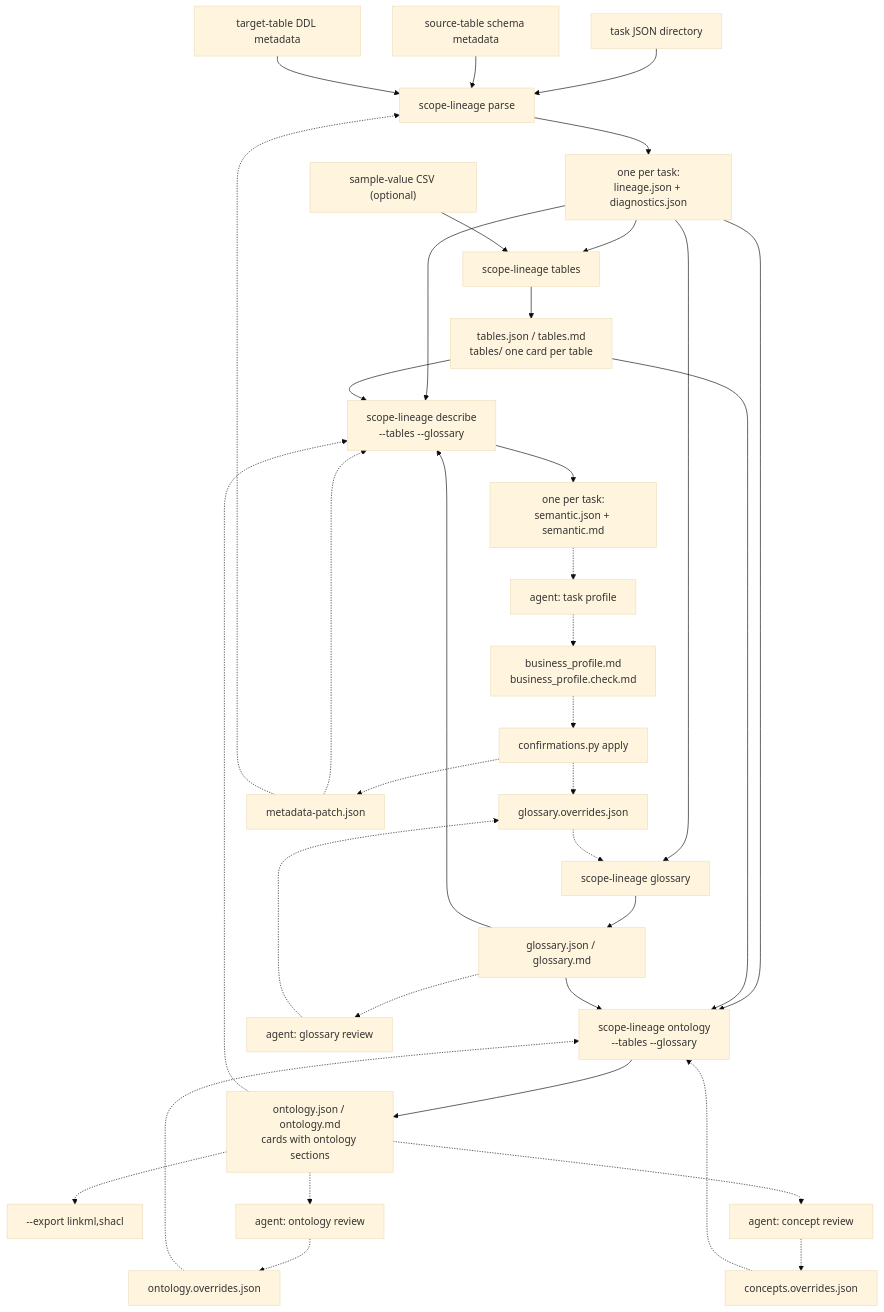
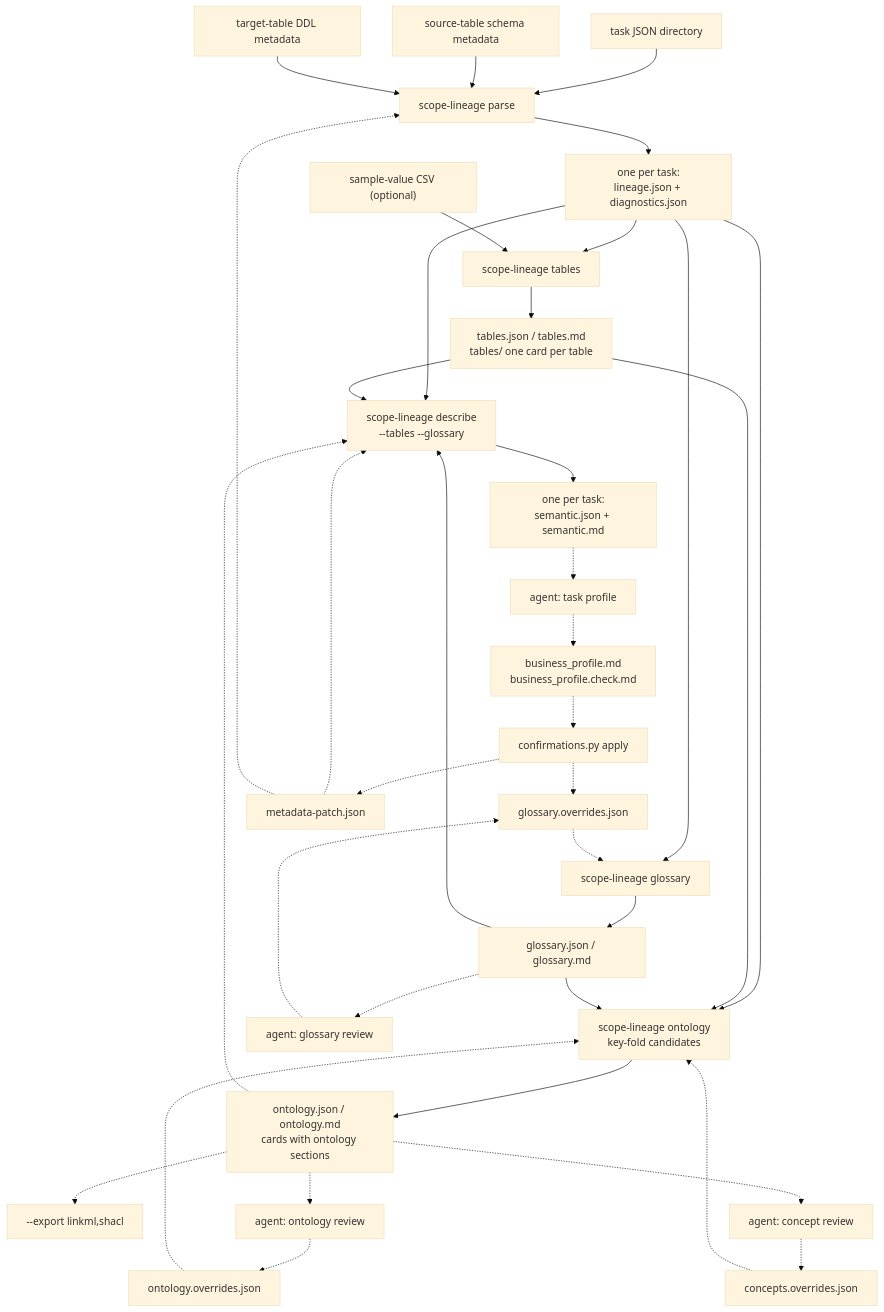
The diagram in docs/en/workflow.md (realyin/scope-lineage), drawn with Mermaid (base theme) before and after one commit. The commit also changed other lines of this file and 19 other files, not shown here.

First line of the commit message:
docs(ontology): demote the key fold to key-fold candidates

````diff
--- a/docs/en/workflow.md
+++ b/docs/en/workflow.md
@@ -16,44 +16,44 @@
 ```mermaid
 flowchart TD
     IN_TASK["task JSON directory"] --> PARSE
     IN_SCHEMA["source-table schema metadata"] --> PARSE
     IN_DDL["target-table DDL metadata"] --> PARSE
     PARSE["scope-lineage parse"] --> FACTS["one per task:<br/>lineage.json + diagnostics.json"]
 
     FACTS --> TABLES["scope-lineage tables"]
     FACTS --> GLOSSARY["scope-lineage glossary"]
     IN_SAMPLES["sample-value CSV (optional)"] --> TABLES
     TABLES --> CARDS["tables.json / tables.md<br/>tables/ one card per table"]
     GLOSSARY --> DICT["glossary.json / glossary.md"]
 
     FACTS --> DESCRIBE["scope-lineage describe<br/>--tables --glossary"]
     CARDS --> DESCRIBE
     DICT --> DESCRIBE
     DESCRIBE --> SEMANTIC["one per task:<br/>semantic.json + semantic.md"]
 
-    FACTS --> ONTOLOGY["scope-lineage ontology<br/>--tables --glossary"]
+    FACTS --> ONTOLOGY["scope-lineage ontology<br/>key-fold candidates"]
     CARDS --> ONTOLOGY
     DICT --> ONTOLOGY
     ONTOLOGY --> ONTO_OUT["ontology.json / ontology.md<br/>cards with ontology sections"]
     ONTO_OUT -.-> EXPORT["--export linkml,shacl"]
     ONTO_OUT -.-> DESCRIBE
 
     SEMANTIC -.-> AGENT_PROFILE["agent: task profile"]
     AGENT_PROFILE -.-> PROFILE_MD["business_profile.md<br/>business_profile.check.md"]
     PROFILE_MD -.-> APPLY["confirmations.py apply"]
     APPLY -.-> G_OVR["glossary.overrides.json"]
     APPLY -.-> PATCH["metadata-patch.json"]
 
     DICT -.-> AGENT_GLOSSARY["agent: glossary review"]
     AGENT_GLOSSARY -.-> G_OVR
     ONTO_OUT -.-> AGENT_ONTOLOGY["agent: ontology review"]
     AGENT_ONTOLOGY -.-> O_OVR["ontology.overrides.json"]
     ONTO_OUT -.-> AGENT_CONCEPT["agent: concept review"]
     AGENT_CONCEPT -.-> C_OVR["concepts.overrides.json"]
 
     G_OVR -.-> GLOSSARY
     O_OVR -.-> ONTOLOGY
     C_OVR -.-> ONTOLOGY
     PATCH -.-> DESCRIBE
     PATCH -.-> PARSE
 ```
````
